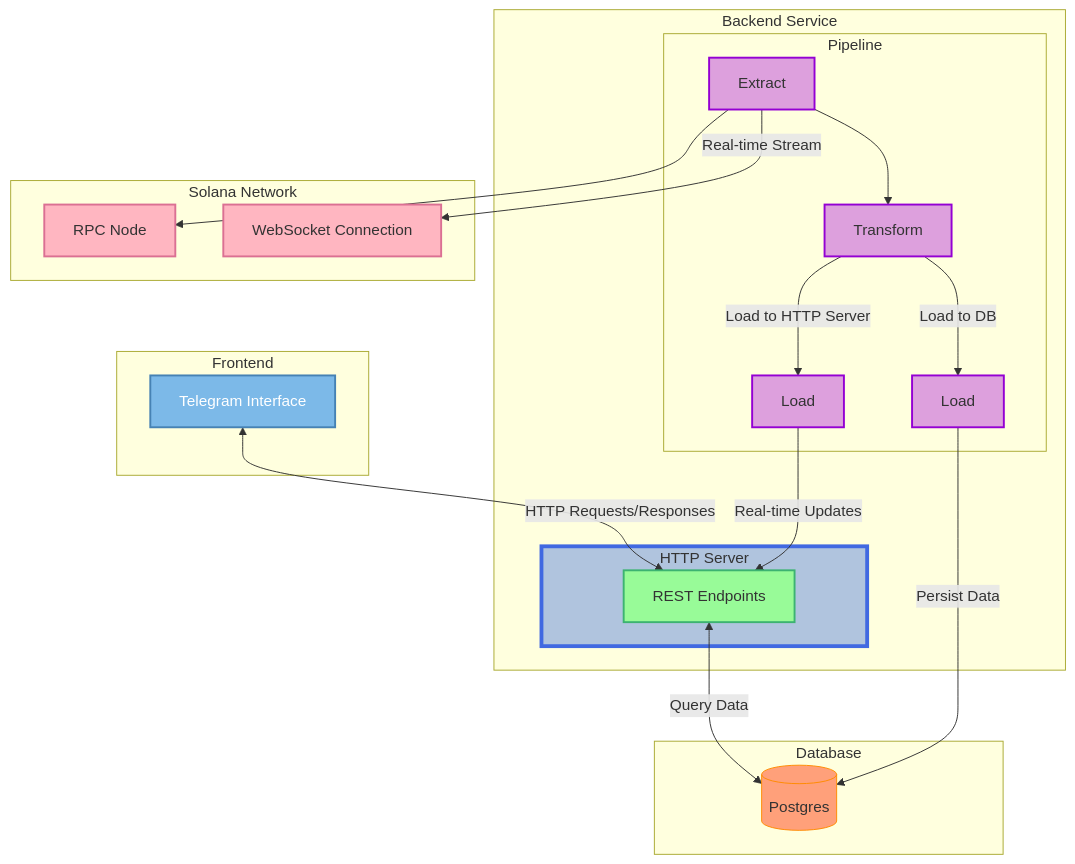
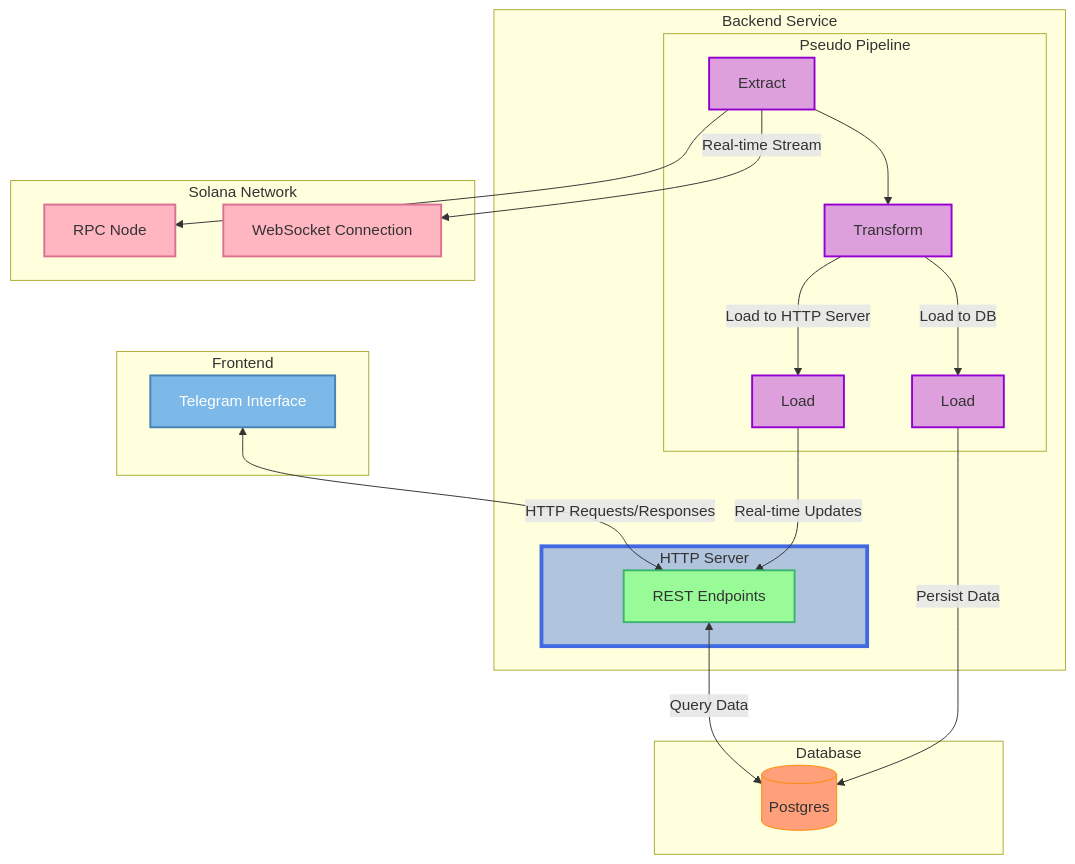
Before and after one commit to jakobsym/aura: the diagram in README.md, drawn with Mermaid. The commit also changed 3 other files, not shown here.

````diff
--- a/README.md
+++ b/README.md
@@ -7,51 +7,51 @@
 ```mermaid
 flowchart TD
     subgraph UI[Frontend]
         WEB[Telegram Interface]
     end
 
     subgraph Backend[Backend Service]
-        subgraph ETL[Pipeline]
+        subgraph ETL[Pseudo Pipeline]
             EXTRACT[Extract] --> TRANSFORM[Transform]
             TRANSFORM --> |Load to DB| LOAD_DB[Load]
             TRANSFORM --> |Load to HTTP Server| LOAD_HTTP[Load]
         end
         
         subgraph HTTP_SERVER[HTTP Server]
             API[REST Endpoints]
         end
     end
 
     subgraph Database[Database]
         DB[(Postgres)]
     end
 
     subgraph Blockchain[Solana Network]
         RPC[RPC Node]
         BC_WS[WebSocket Connection]
     end
 
     %% Data Flows
     WEB <--> |HTTP Requests/Responses| API
     API <--> |Query Data| DB
     
     EXTRACT --> RPC
     EXTRACT --> |Real-time Stream| BC_WS
     LOAD_DB --> |Persist Data| DB
     LOAD_HTTP --> |Real-time Updates| API
 
     %% Styling
     classDef frontend fill:#7CB9E8,stroke:#4682B4,stroke-width:2px,color:white
     classDef backend fill:#98FB98,stroke:#3CB371,stroke-width:2px,color:#333
     classDef blockchain fill:#FFB6C1,stroke:#DB7093,stroke-width:2px,color:#333
     classDef database fill:#FFA07A,stroke:#FF8C00,stroke-width:1px,color:#333
     classDef etl fill:#DDA0DD,stroke:#9400D3,stroke-width:2px,color:#333
     classDef server fill:#B0C4DE,stroke:#4169E1,stroke-width:4px,color:#333
 
     class WEB frontend
     class API backend
     class HTTP_SERVER server
     class EXTRACT,TRANSFORM,LOAD_DB,LOAD_HTTP etl
     class RPC,BC_WS blockchain
     class DB database
 ```
````
